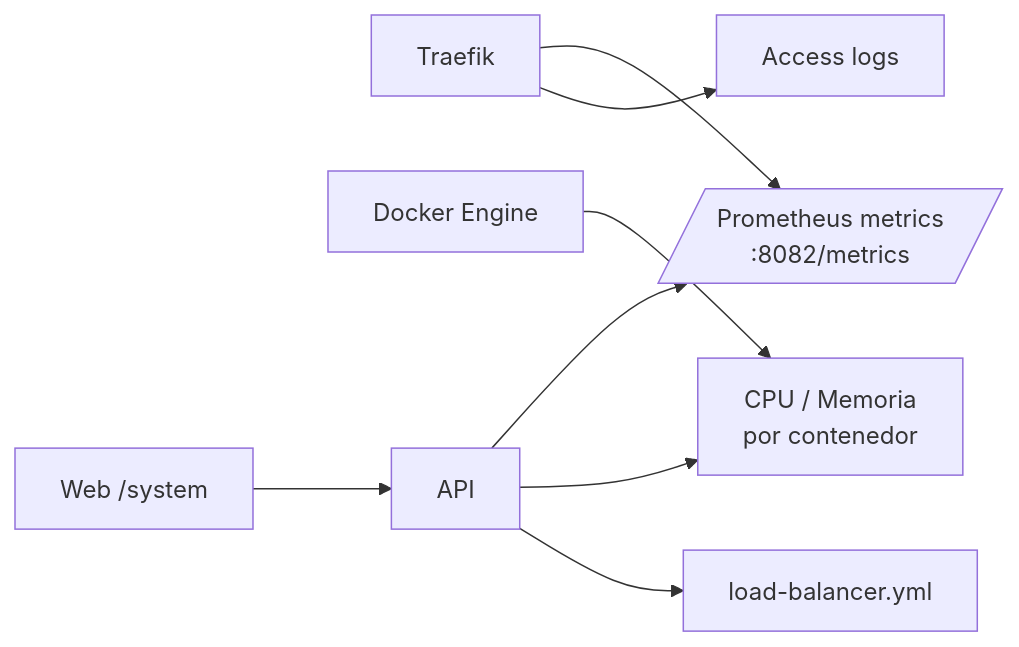
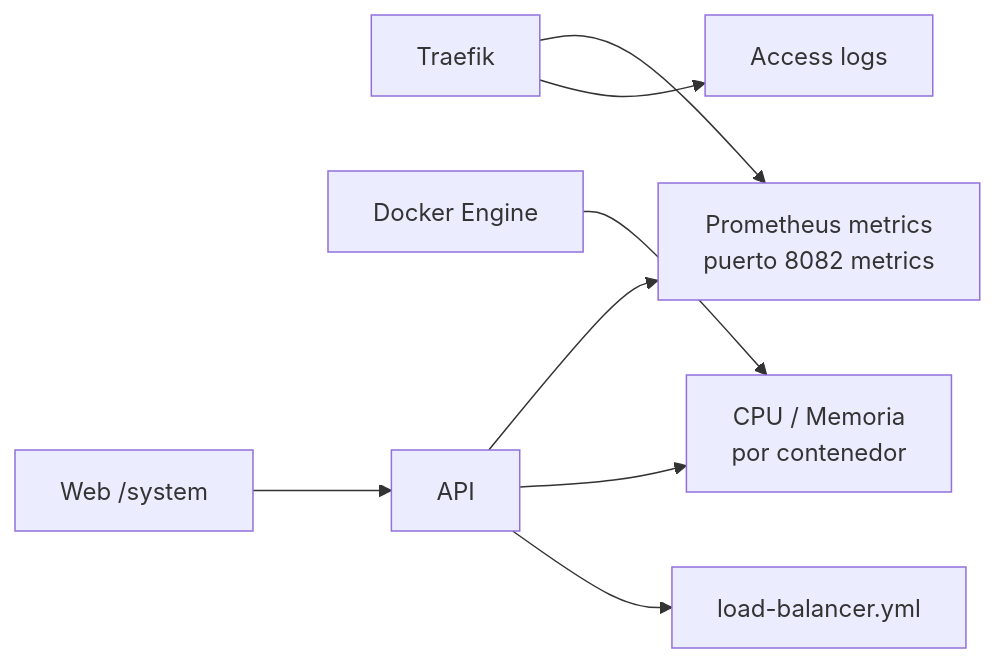
The seventh of 9 diagrams in docs/DIAGRAMAS.md (HKevinH/deploy-website), drawn with Mermaid before and after one commit. The commit also changed other lines of this file and 1 other file, not shown here.

Commit message:
feat: update system diagrams to clarify replica ports and improve terminology

````diff
--- a/docs/DIAGRAMAS.md
+++ b/docs/DIAGRAMAS.md
@@ -125,10 +125,10 @@
 ```mermaid
 flowchart LR
-  Traefik[Traefik] --> Metrics[/Prometheus metrics<br/>:8082/metrics/]
+  Traefik[Traefik] --> Metrics["Prometheus metrics<br/>puerto 8082 metrics"]
   Traefik --> AccessLogs[Access logs]
   Docker[Docker Engine] --> Stats[CPU / Memoria<br/>por contenedor]
   API[API] --> Metrics
   API --> Stats
   API --> LBConfig[load-balancer.yml]
   Web[Web /system] --> API
 ```
````
